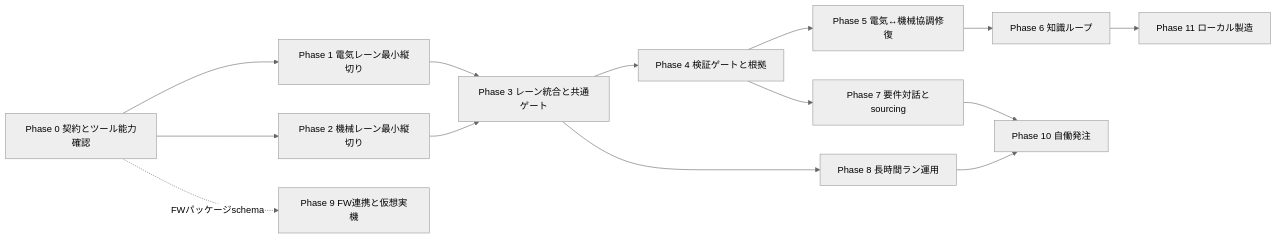
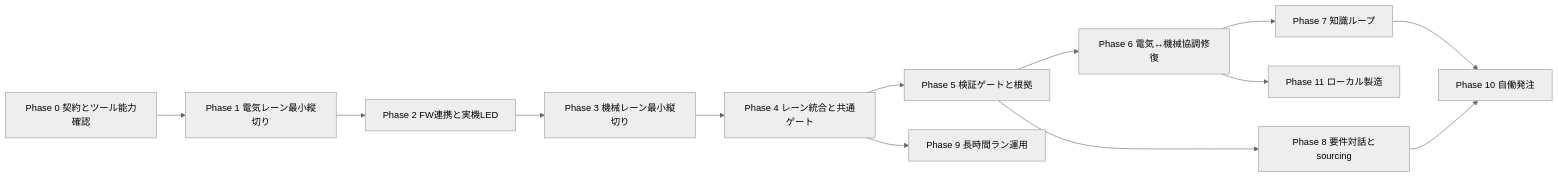
The diagram in docs/roadmap.md (uist1idrju3i/acd-agent), drawn with Mermaid (neutral theme) before and after one commit. The commit also changed other lines of this file and 11 other files, not shown here.

````diff
--- a/docs/roadmap.md
+++ b/docs/roadmap.md
@@ -78,16 +87,15 @@
 ```mermaid
 flowchart LR
     P0["Phase 0 契約とツール能力確認"] --> P1["Phase 1 電気レーン最小縦切り"]
-    P0 --> P2["Phase 2 機械レーン最小縦切り"]
-    P1 --> P3["Phase 3 レーン統合と共通ゲート"]
-    P2 --> P3
-    P3 --> P4["Phase 4 検証ゲートと根拠"]
-    P4 --> P5["Phase 5 電気↔機械協調修復"]
-    P5 --> P6["Phase 6 知識ループ"]
-    P4 --> P7["Phase 7 要件対話とsourcing"]
-    P3 --> P8["Phase 8 長時間ラン運用"]
-    P0 -.->|FWパッケージschema| P9["Phase 9 FW連携と仮想実機"]
+    P1 --> P2["Phase 2 FW連携と実機LED"]
+    P2 --> P3["Phase 3 機械レーン最小縦切り"]
+    P3 --> P4["Phase 4 レーン統合と共通ゲート"]
+    P4 --> P5["Phase 5 検証ゲートと根拠"]
+    P5 --> P6["Phase 6 電気↔機械協調修復"]
+    P6 --> P7["Phase 7 知識ループ"]
+    P5 --> P8["Phase 8 要件対話とsourcing"]
+    P4 --> P9["Phase 9 長時間ラン運用"]
     P7 --> P10["Phase 10 自働発注"]
     P8 --> P10
     P6 --> P11["Phase 11 ローカル製造"]
 ```
````
